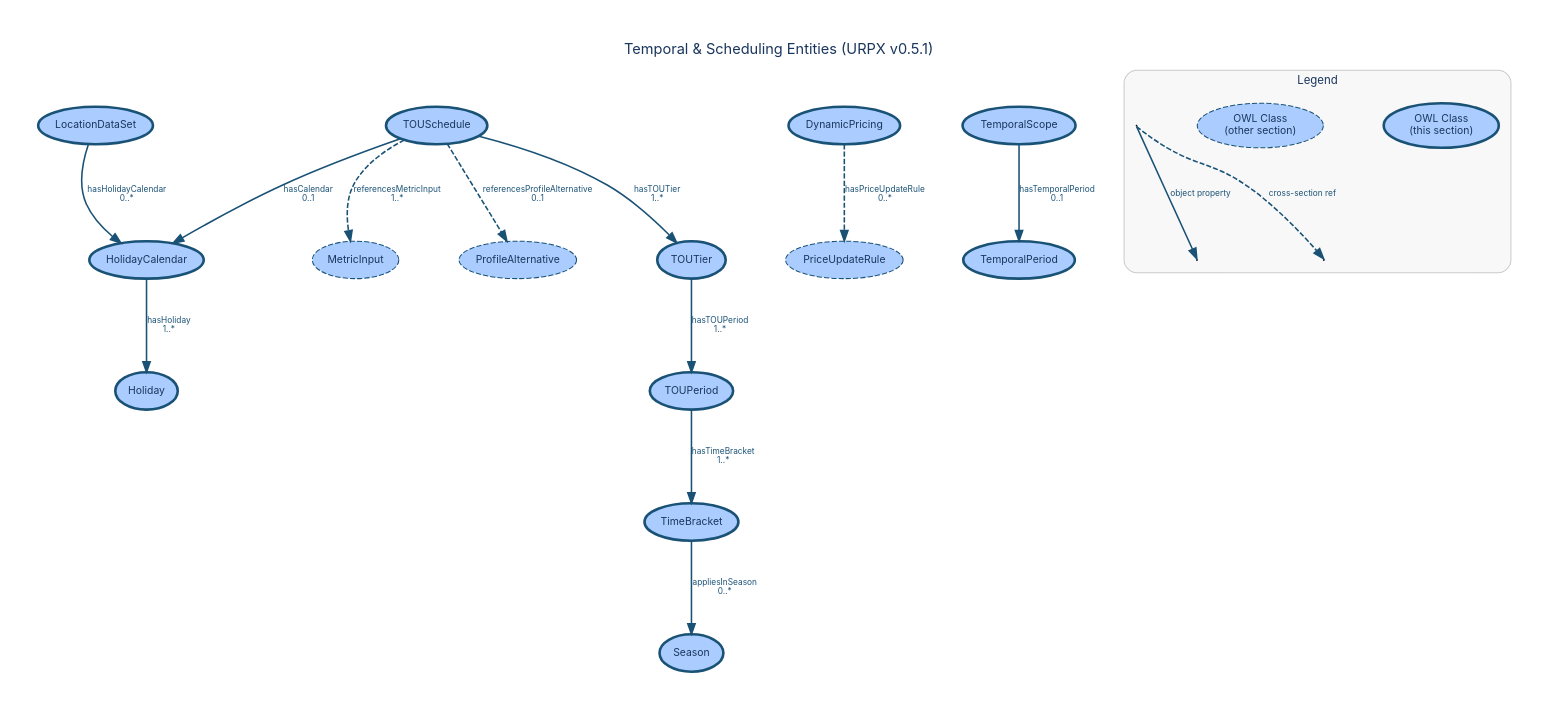
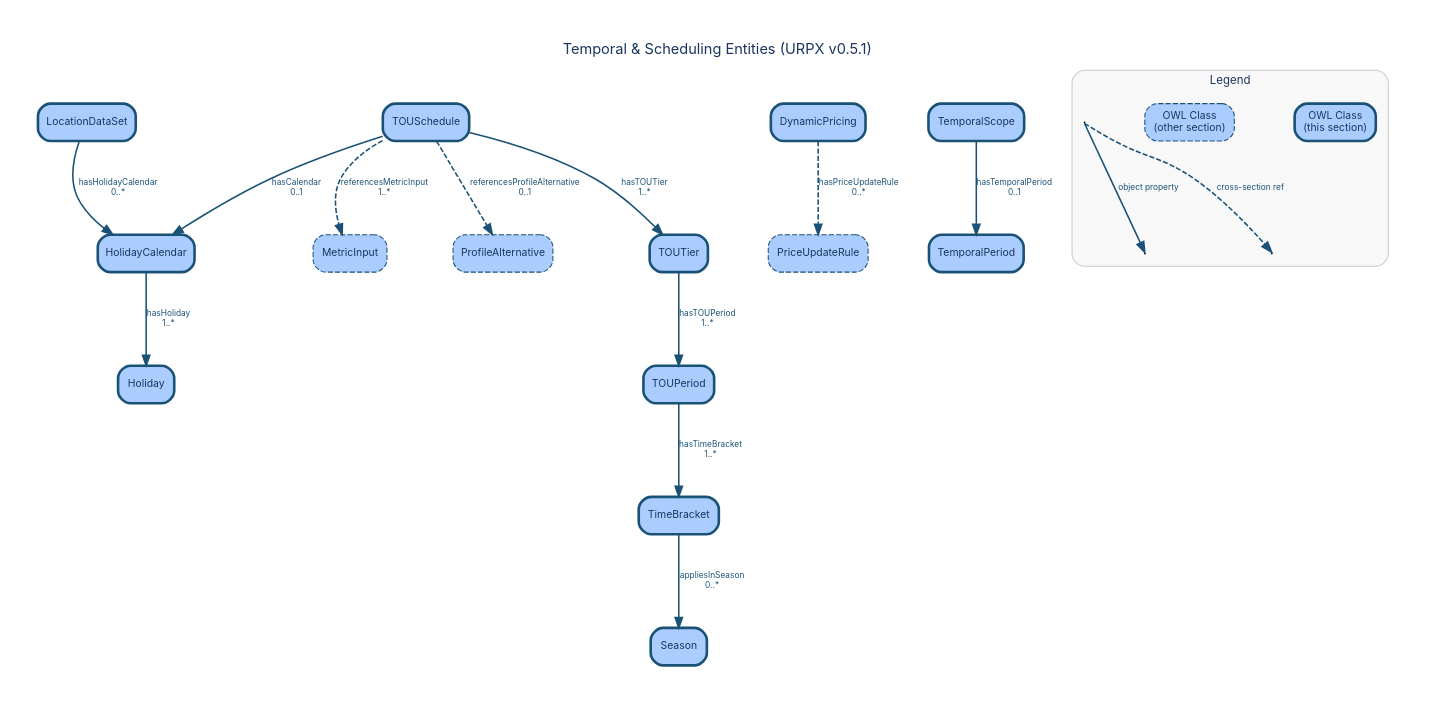
One commit to urpx-org/urpx changed the diagram in documentation/diagrams/dictionary/temporal-scheduling-entities.dot. Above: the diagram before and after it, drawn with Graphviz. The commit also changed 43 other files, not shown here.

```diff
--- a/documentation/diagrams/dictionary/temporal-scheduling-entities.dot
+++ b/documentation/diagrams/dictionary/temporal-scheduling-entities.dot
@@ -1,129 +1,129 @@
 digraph "Temporal & Scheduling Entities" {
     rankdir=TB;
     bgcolor="white";
     pad=0.4;
     nodesep=0.8;
     ranksep=1.0;
     start=42;
     fontname="Inter, Helvetica, Arial, sans-serif";
     label="Temporal & Scheduling Entities (URPX v0.5.1)";
     labelloc="t";
     fontsize=14;
     fontcolor="#1a365d";
     node [fontname="Inter, Helvetica, Arial, sans-serif", fontsize=10, style=filled, fontcolor="#1a365d"];
     edge [fontname="Inter, Helvetica, Arial, sans-serif", fontsize=8, fontcolor="#1a365d"];
 
     // Section classes
     Season [
         label="Season"
-        shape=ellipse, fillcolor="#aaccff", color="#1a5276", penwidth=2.5
+        shape=box, style="filled,rounded", fillcolor="#aaccff", color="#1a5276", penwidth=2.5
     ];
     TOUSchedule [
         label="TOUSchedule"
-        shape=ellipse, fillcolor="#aaccff", color="#1a5276", penwidth=2.5
+        shape=box, style="filled,rounded", fillcolor="#aaccff", color="#1a5276", penwidth=2.5
     ];
     TOUTier [
         label="TOUTier"
-        shape=ellipse, fillcolor="#aaccff", color="#1a5276", penwidth=2.5
+        shape=box, style="filled,rounded", fillcolor="#aaccff", color="#1a5276", penwidth=2.5
     ];
     TOUPeriod [
         label="TOUPeriod"
-        shape=ellipse, fillcolor="#aaccff", color="#1a5276", penwidth=2.5
+        shape=box, style="filled,rounded", fillcolor="#aaccff", color="#1a5276", penwidth=2.5
     ];
     TimeBracket [
         label="TimeBracket"
-        shape=ellipse, fillcolor="#aaccff", color="#1a5276", penwidth=2.5
+        shape=box, style="filled,rounded", fillcolor="#aaccff", color="#1a5276", penwidth=2.5
     ];
     HolidayCalendar [
         label="HolidayCalendar"
-        shape=ellipse, fillcolor="#aaccff", color="#1a5276", penwidth=2.5
+        shape=box, style="filled,rounded", fillcolor="#aaccff", color="#1a5276", penwidth=2.5
     ];
     Holiday [
         label="Holiday"
-        shape=ellipse, fillcolor="#aaccff", color="#1a5276", penwidth=2.5
+        shape=box, style="filled,rounded", fillcolor="#aaccff", color="#1a5276", penwidth=2.5
     ];
     LocationDataSet [
         label="LocationDataSet"
-        shape=ellipse, fillcolor="#aaccff", color="#1a5276", penwidth=2.5
+        shape=box, style="filled,rounded", fillcolor="#aaccff", color="#1a5276", penwidth=2.5
     ];
     DynamicPricing [
         label="DynamicPricing"
-        shape=ellipse, fillcolor="#aaccff", color="#1a5276", penwidth=2.5
+        shape=box, style="filled,rounded", fillcolor="#aaccff", color="#1a5276", penwidth=2.5
     ];
     TemporalScope [
         label="TemporalScope"
-        shape=ellipse, fillcolor="#aaccff", color="#1a5276", penwidth=2.5
+        shape=box, style="filled,rounded", fillcolor="#aaccff", color="#1a5276", penwidth=2.5
     ];
     TemporalPeriod [
         label="TemporalPeriod"
-        shape=ellipse, fillcolor="#aaccff", color="#1a5276", penwidth=2.5
+        shape=box, style="filled,rounded", fillcolor="#aaccff", color="#1a5276", penwidth=2.5
     ];
 
     // Cross-section references
     MetricInput [
         label="MetricInput"
-        shape=ellipse, fillcolor="#aaccff", color="#1a5276", penwidth=1, style="filled,dashed"
+        shape=box, fillcolor="#aaccff", color="#1a5276", penwidth=1, style="filled,rounded,dashed"
     ];
     PriceUpdateRule [
         label="PriceUpdateRule"
-        shape=ellipse, fillcolor="#aaccff", color="#1a5276", penwidth=1, style="filled,dashed"
+        shape=box, fillcolor="#aaccff", color="#1a5276", penwidth=1, style="filled,rounded,dashed"
     ];
     ProfileAlternative [
         label="ProfileAlternative"
-        shape=ellipse, fillcolor="#aaccff", color="#1a5276", penwidth=1, style="filled,dashed"
+        shape=box, fillcolor="#aaccff", color="#1a5276", penwidth=1, style="filled,rounded,dashed"
     ];
 
     // Object property edges
     TOUSchedule -> HolidayCalendar [
         label="hasCalendar\n0..1", color="#1a5276", fontcolor="#1a5276", penwidth=1.5
     ];
     TOUSchedule -> TOUTier [
         label="hasTOUTier\n1..*", color="#1a5276", fontcolor="#1a5276", penwidth=1.5
     ];
     TOUSchedule -> MetricInput [
         label="referencesMetricInput\n1..*", style=dashed, color="#1a5276", fontcolor="#1a5276", penwidth=1.5
     ];
     TOUSchedule -> ProfileAlternative [
         label="referencesProfileAlternative\n0..1", style=dashed, color="#1a5276", fontcolor="#1a5276", penwidth=1.5
     ];
     TOUTier -> TOUPeriod [
         label="hasTOUPeriod\n1..*", color="#1a5276", fontcolor="#1a5276", penwidth=1.5
     ];
     TOUPeriod -> TimeBracket [
         label="hasTimeBracket\n1..*", color="#1a5276", fontcolor="#1a5276", penwidth=1.5
     ];
     TimeBracket -> Season [
         label="appliesInSeason\n0..*", color="#1a5276", fontcolor="#1a5276", penwidth=1.5
     ];
     HolidayCalendar -> Holiday [
         label="hasHoliday\n1..*", color="#1a5276", fontcolor="#1a5276", penwidth=1.5
     ];
     LocationDataSet -> HolidayCalendar [
         label="hasHolidayCalendar\n0..*", color="#1a5276", fontcolor="#1a5276", penwidth=1.5
     ];
     DynamicPricing -> PriceUpdateRule [
         label="hasPriceUpdateRule\n0..*", style=dashed, color="#1a5276", fontcolor="#1a5276", penwidth=1.5
     ];
     TemporalScope -> TemporalPeriod [
         label="hasTemporalPeriod\n0..1", color="#1a5276", fontcolor="#1a5276", penwidth=1.5
     ];
 
     subgraph cluster_legend {
         label="Legend";
         fontname="Inter, Helvetica, Arial, sans-serif";
         fontsize=11;
         fontcolor="#1a365d";
         style=rounded;
         color="#cccccc";
         bgcolor="#f8f8f8";
         margin=12;
 
-        leg_class [label="OWL Class\n(this section)", shape=ellipse, fillcolor="#aaccff", color="#1a5276", penwidth=2.5];
-        leg_xref [label="OWL Class\n(other section)", shape=ellipse, fillcolor="#aaccff", color="#1a5276", penwidth=1, style="filled,dashed"];
+        leg_class [label="OWL Class\n(this section)", shape=box, style="filled,rounded", fillcolor="#aaccff", color="#1a5276", penwidth=2.5];
+        leg_xref [label="OWL Class\n(other section)", shape=box, fillcolor="#aaccff", color="#1a5276", penwidth=1, style="filled,rounded,dashed"];
         leg_src [label=" ", shape=point, width=0.01];
         leg_tgt1 [label=" ", shape=point, width=0.01];
         leg_src -> leg_tgt1 [label="object property", color="#1a5276", fontcolor="#1a5276", penwidth=1.5];
         leg_tgt2 [label=" ", shape=point, width=0.01];
         leg_src -> leg_tgt2 [label="cross-section ref", style=dashed, color="#1a5276", fontcolor="#1a5276", penwidth=1.5];
     }
 }
```
